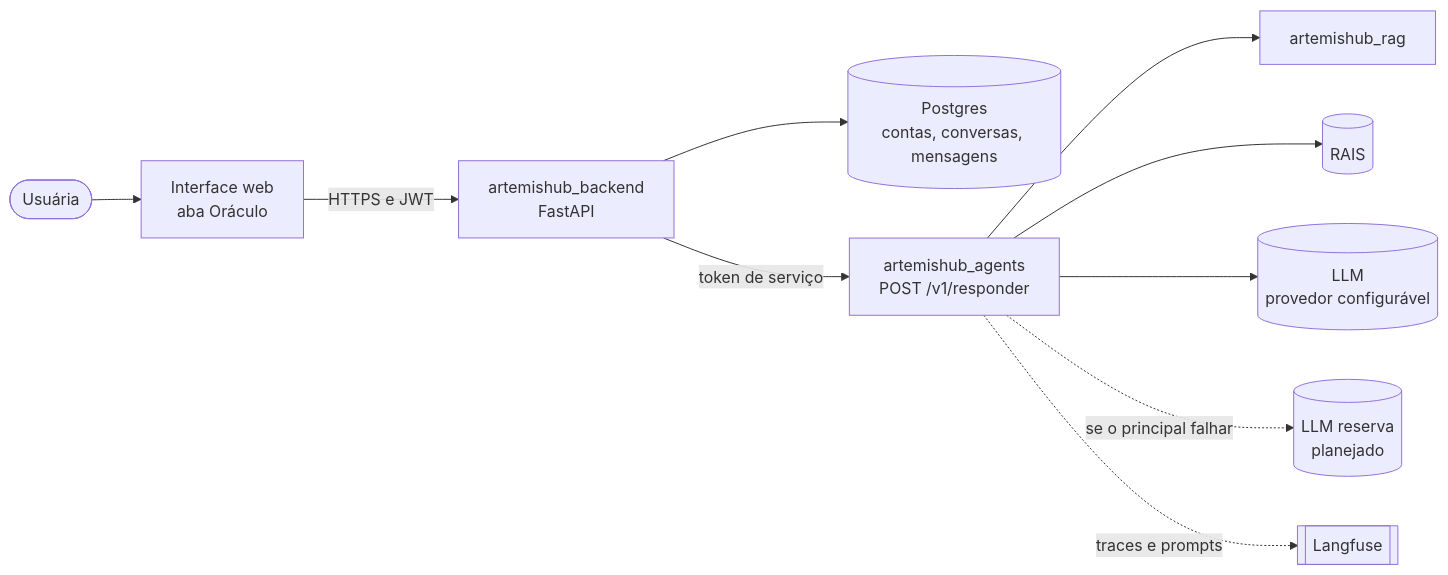
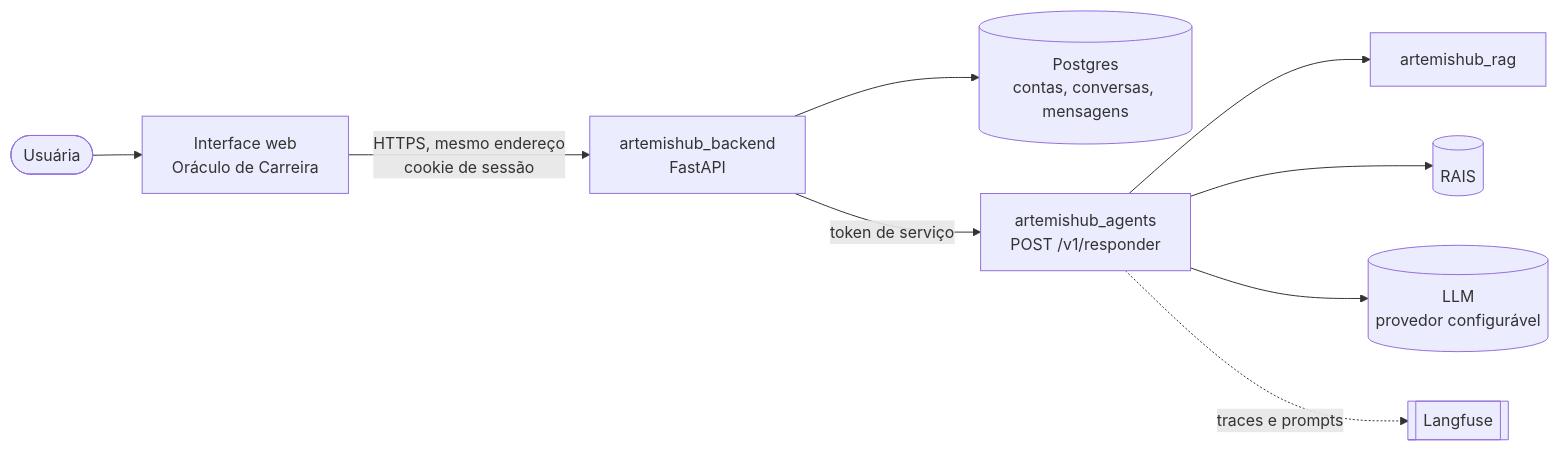
One commit to ArtemisHubApp/artemishub_docs changed the first of 2 diagrams in docs/arquitetura/backend.md. Above: the diagram before and after it, drawn with Mermaid. The commit also changed other lines of this file and 5 other files, not shown here.

````diff
--- a/docs/arquitetura/backend.md
+++ b/docs/arquitetura/backend.md
@@ -15,12 +15,11 @@
 ```mermaid
 flowchart LR
-    U([Usuária]) --> FE[Interface web<br/>aba Oráculo]
-    FE -- HTTPS e JWT --> BE[artemishub_backend<br/>FastAPI]
+    U([Usuária]) --> FE[Interface web<br/>Oráculo de Carreira]
+    FE -- "HTTPS, mesmo endereço<br/>cookie de sessão" --> BE[artemishub_backend<br/>FastAPI]
     BE --> DB[(Postgres<br/>contas, conversas, mensagens)]
     BE -- token de serviço --> AG[artemishub_agents<br/>POST /v1/responder]
     AG --> RAG[artemishub_rag]
     AG --> RAIS[(RAIS)]
     AG --> LLM[(LLM<br/>provedor configurável)]
-    AG -. se o principal falhar .-> RES[(LLM reserva<br/>planejado)]
     AG -. traces e prompts .-> LF[[Langfuse]]
 ```
````
